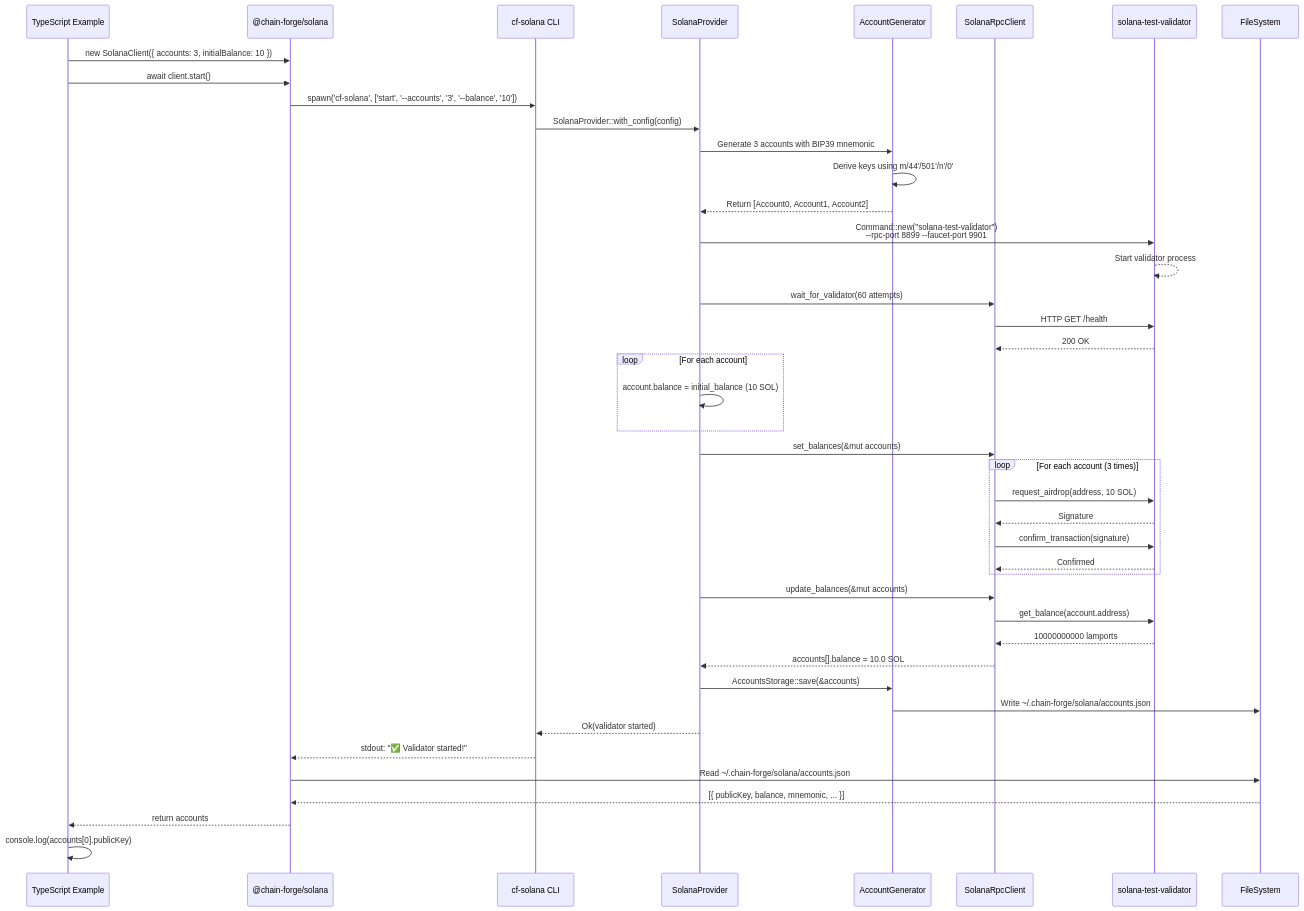
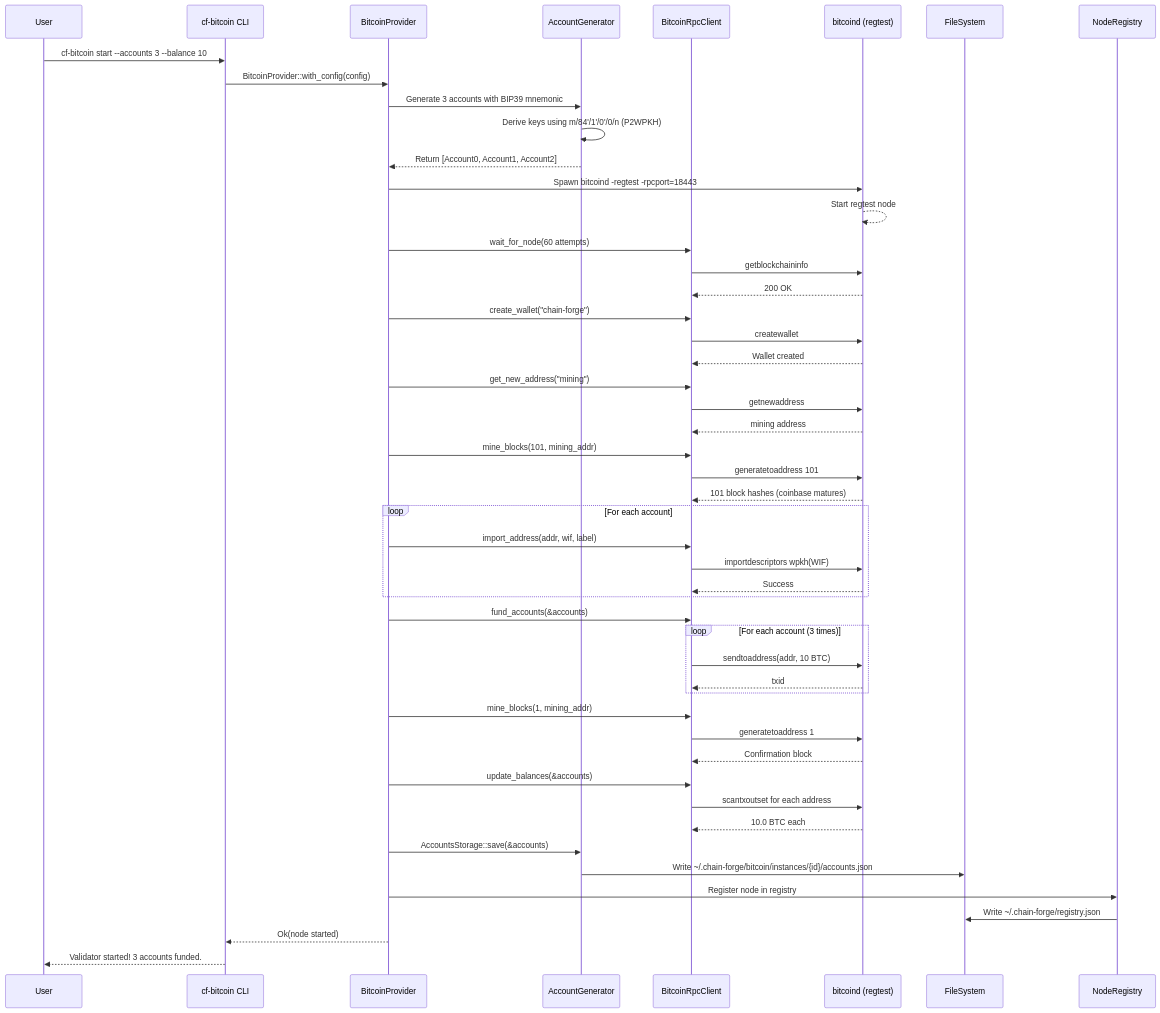
The second of 3 diagrams in .claude/ARCHITECTURE_DIAGRAM.md (christopherferreira9/chain-forge), drawn with Mermaid before and after one commit. The commit also changed other lines of this file and 53 other files, not shown here.

````diff
--- a/.claude/ARCHITECTURE_DIAGRAM.md
+++ b/.claude/ARCHITECTURE_DIAGRAM.md
@@ -86,58 +101,66 @@
 ```mermaid
 sequenceDiagram
-    participant Ex as TypeScript Example
-    participant Client as @chain-forge/solana
-    participant CLI as cf-solana CLI
-    participant Core as SolanaProvider
+    participant User
+    participant CLI as cf-bitcoin CLI
+    participant Core as BitcoinProvider
     participant Acc as AccountGenerator
-    participant RPC as SolanaRpcClient
-    participant Val as solana-test-validator
+    participant RPC as BitcoinRpcClient
+    participant Node as bitcoind (regtest)
     participant FS as FileSystem
+    participant Reg as NodeRegistry
 
-    Ex->>Client: new SolanaClient({ accounts: 3, initialBalance: 10 })
-    Ex->>Client: await client.start()
-
-    Client->>CLI: spawn('cf-solana', ['start', '--accounts', '3', '--balance', '10'])
-    CLI->>Core: SolanaProvider::with_config(config)
+    User->>CLI: cf-bitcoin start --accounts 3 --balance 10
+    CLI->>Core: BitcoinProvider::with_config(config)
 
     Core->>Acc: Generate 3 accounts with BIP39 mnemonic
-    Acc->>Acc: Derive keys using m/44'/501'/n'/0'
+    Acc->>Acc: Derive keys using m/84'/1'/0'/0/n (P2WPKH)
     Acc-->>Core: Return [Account0, Account1, Account2]
 
-    Core->>Val: Command::new("solana-test-validator")<br/>--rpc-port 8899 --faucet-port 9901
-    Val-->>Val: Start validator process
+    Core->>Node: Spawn bitcoind -regtest -rpcport=18443
+    Node-->>Node: Start regtest node
 
-    Core->>RPC: wait_for_validator(60 attempts)
-    RPC->>Val: HTTP GET /health
-    Val-->>RPC: 200 OK
+    Core->>RPC: wait_for_node(60 attempts)
+    RPC->>Node: getblockchaininfo
+    Node-->>RPC: 200 OK
+
+    Core->>RPC: create_wallet("chain-forge")
+    RPC->>Node: createwallet
+    Node-->>RPC: Wallet created
+
+    Core->>RPC: get_new_address("mining")
+    RPC->>Node: getnewaddress
+    Node-->>RPC: mining address
+
+    Core->>RPC: mine_blocks(101, mining_addr)
+    RPC->>Node: generatetoaddress 101
+    Node-->>RPC: 101 block hashes (coinbase matures)
 
     loop For each account
-        Core->>Core: account.balance = initial_balance (10 SOL)
+        Core->>RPC: import_address(addr, wif, label)
+        RPC->>Node: importdescriptors wpkh(WIF)
+        Node-->>RPC: Success
     end
 
-    Core->>RPC: set_balances(&mut accounts)
-
+    Core->>RPC: fund_accounts(&accounts)
     loop For each account (3 times)
-        RPC->>Val: request_airdrop(address, 10 SOL)
-        Val-->>RPC: Signature
-        RPC->>Val: confirm_transaction(signature)
-        Val-->>RPC: Confirmed
+        RPC->>Node: sendtoaddress(addr, 10 BTC)
+        Node-->>RPC: txid
     end
 
-    Core->>RPC: update_balances(&mut accounts)
-    RPC->>Val: get_balance(account.address)
-    Val-->>RPC: 10000000000 lamports
-    RPC-->>Core: accounts[].balance = 10.0 SOL
+    Core->>RPC: mine_blocks(1, mining_addr)
+    RPC->>Node: generatetoaddress 1
+    Node-->>RPC: Confirmation block
+
+    Core->>RPC: update_balances(&accounts)
+    RPC->>Node: scantxoutset for each address
+    Node-->>RPC: 10.0 BTC each
 
     Core->>Acc: AccountsStorage::save(&accounts)
-    Acc->>FS: Write ~/.chain-forge/solana/accounts.json
+    Acc->>FS: Write ~/.chain-forge/bitcoin/instances/{id}/accounts.json
 
-    Core-->>CLI: Ok(validator started)
-    CLI-->>Client: stdout: "✅ Validator started!"
+    Core->>Reg: Register node in registry
+    Reg->>FS: Write ~/.chain-forge/registry.json
 
-    Client->>FS: Read ~/.chain-forge/solana/accounts.json
-    FS-->>Client: [{ publicKey, balance, mnemonic, ... }]
-
-    Client-->>Ex: return accounts
-    Ex->>Ex: console.log(accounts[0].publicKey)
+    Core-->>CLI: Ok(node started)
+    CLI-->>User: Validator started! 3 accounts funded.
 ```
````
